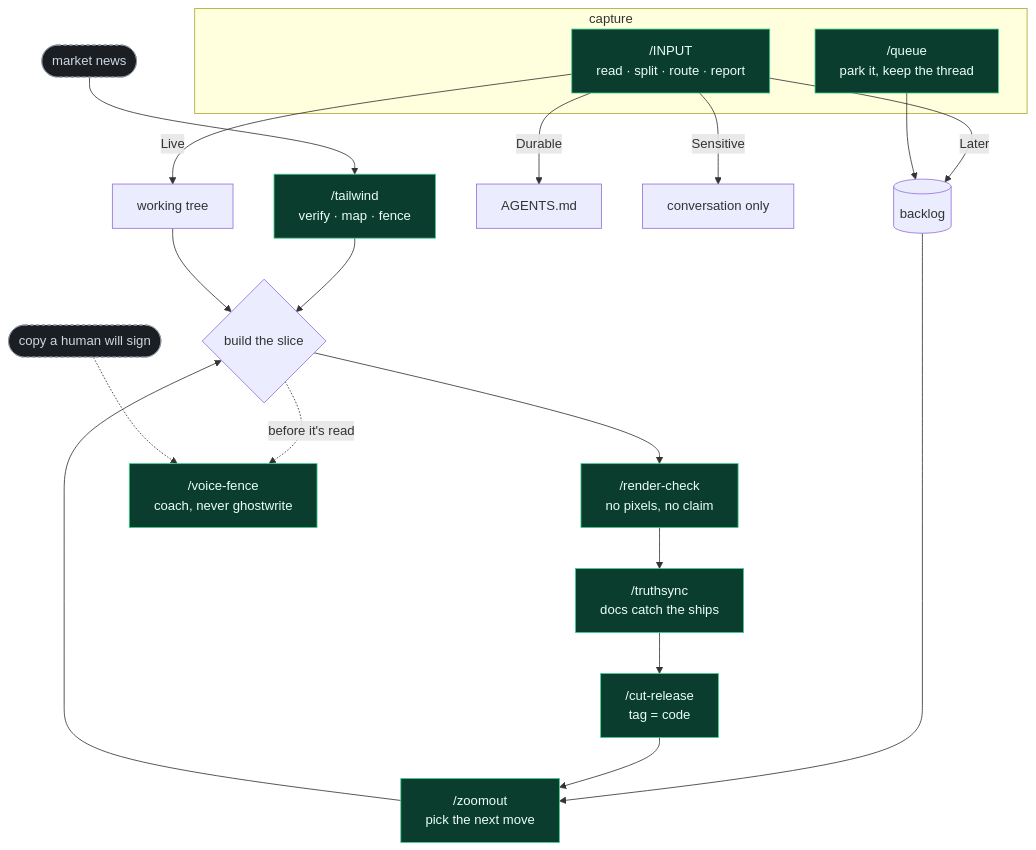
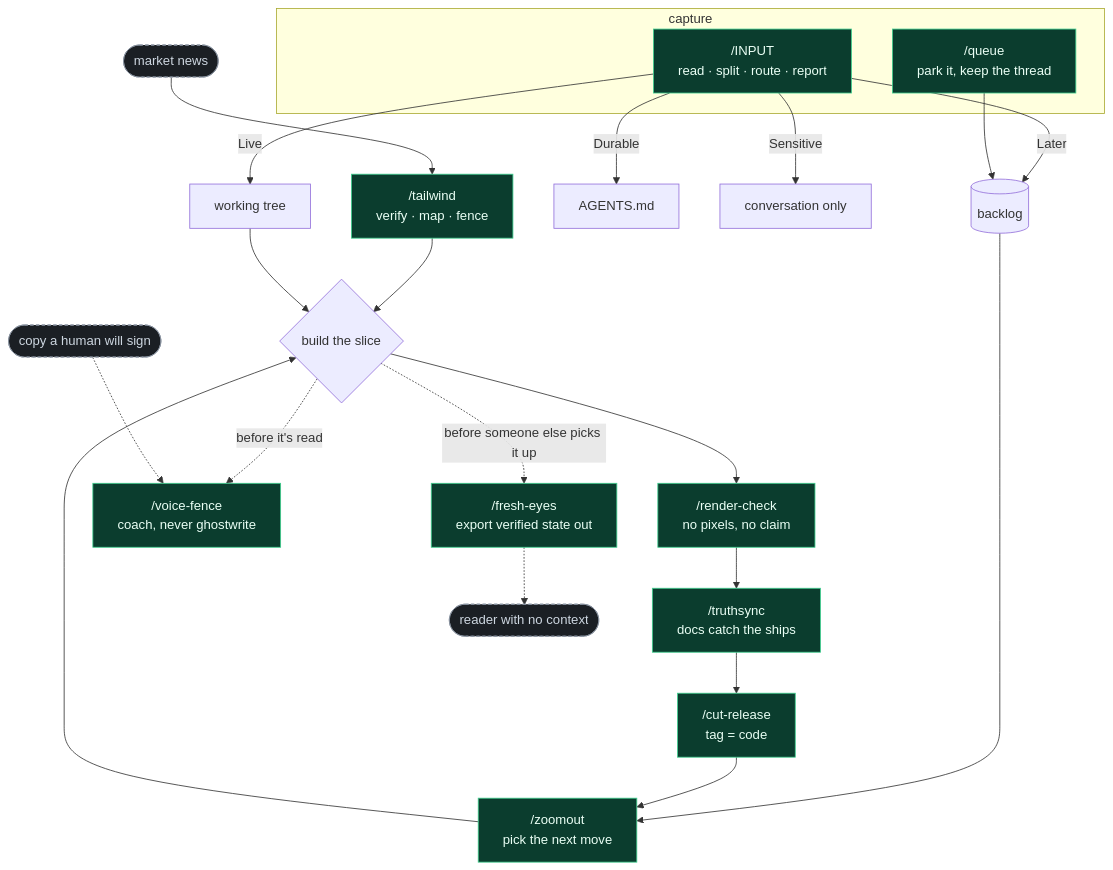
Before and after one commit to ericlovold/skills: the diagram in README.md, drawn with Mermaid. The commit also changed other lines of this file and 1 other file, not shown here.

First line of the commit message:
Add fresh-eyes — export verified state to a reader with no context

````diff
--- a/README.md
+++ b/README.md
@@ -20,33 +21,36 @@
 ```mermaid
 flowchart TD
     NEWS([market news]):::ext
     HUMAN([copy a human will sign]):::ext
 
     subgraph CAPTURE [capture]
         INPUT["/INPUT<br/>read · split · route · report"]:::skill
         QUEUE["/queue<br/>park it, keep the thread"]:::skill
     end
 
     INPUT -->|Live| TREE[working tree]
     INPUT -->|Later| BACK[(backlog)]
     INPUT -->|Durable| MEM[AGENTS.md]
     INPUT -->|Sensitive| CHAT[conversation only]
     QUEUE --> BACK
 
     BACK --> ZOOM["/zoomout<br/>pick the next move"]:::skill
     ZOOM --> WORK{build the slice}
     NEWS --> TAIL["/tailwind<br/>verify · map · fence"]:::skill
     TAIL --> WORK
     TREE --> WORK
 
     WORK --> RENDER["/render-check<br/>no pixels, no claim"]:::skill
     RENDER --> TRUTH["/truthsync<br/>docs catch the ships"]:::skill
     TRUTH --> CUT["/cut-release<br/>tag = code"]:::skill
     CUT --> ZOOM
 
     WORK -.->|before it's read| VOICE["/voice-fence<br/>coach, never ghostwrite"]:::skill
     HUMAN -.-> VOICE
 
+    WORK -.->|before someone else picks it up| FRESH["/fresh-eyes<br/>export verified state out"]:::skill
+    FRESH -.-> COLD([reader with no context]):::ext
+
     classDef skill fill:#0b3d2e,stroke:#3ecf8e,color:#eafff5;
     classDef ext fill:#1b1f24,stroke:#8892a0,color:#cdd6e0,stroke-dasharray:4 3;
 ```
````
